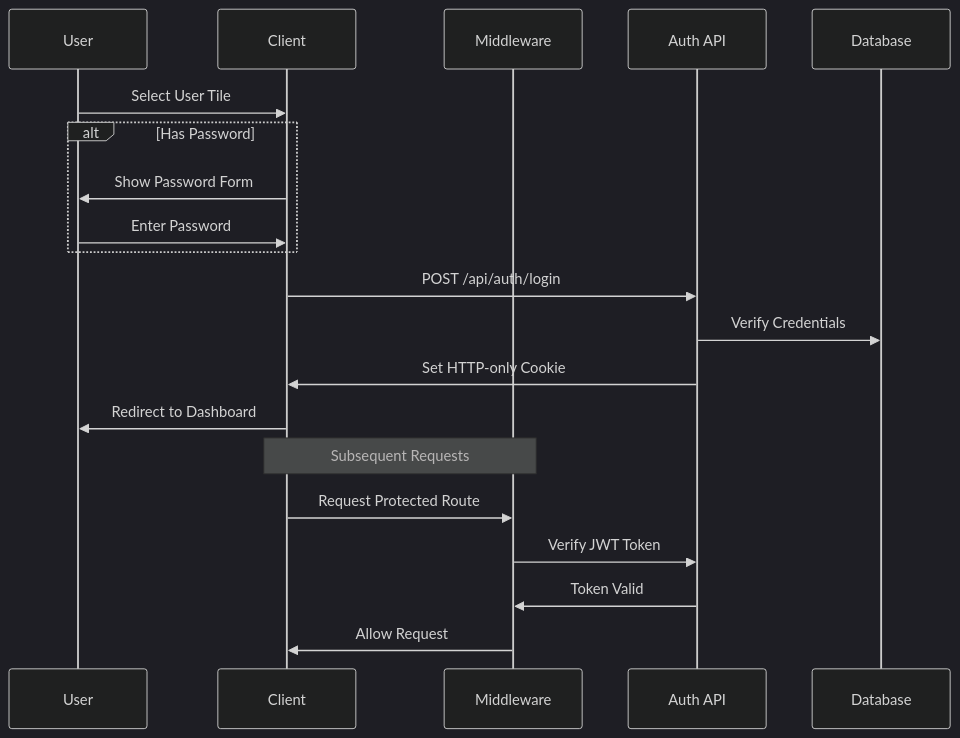
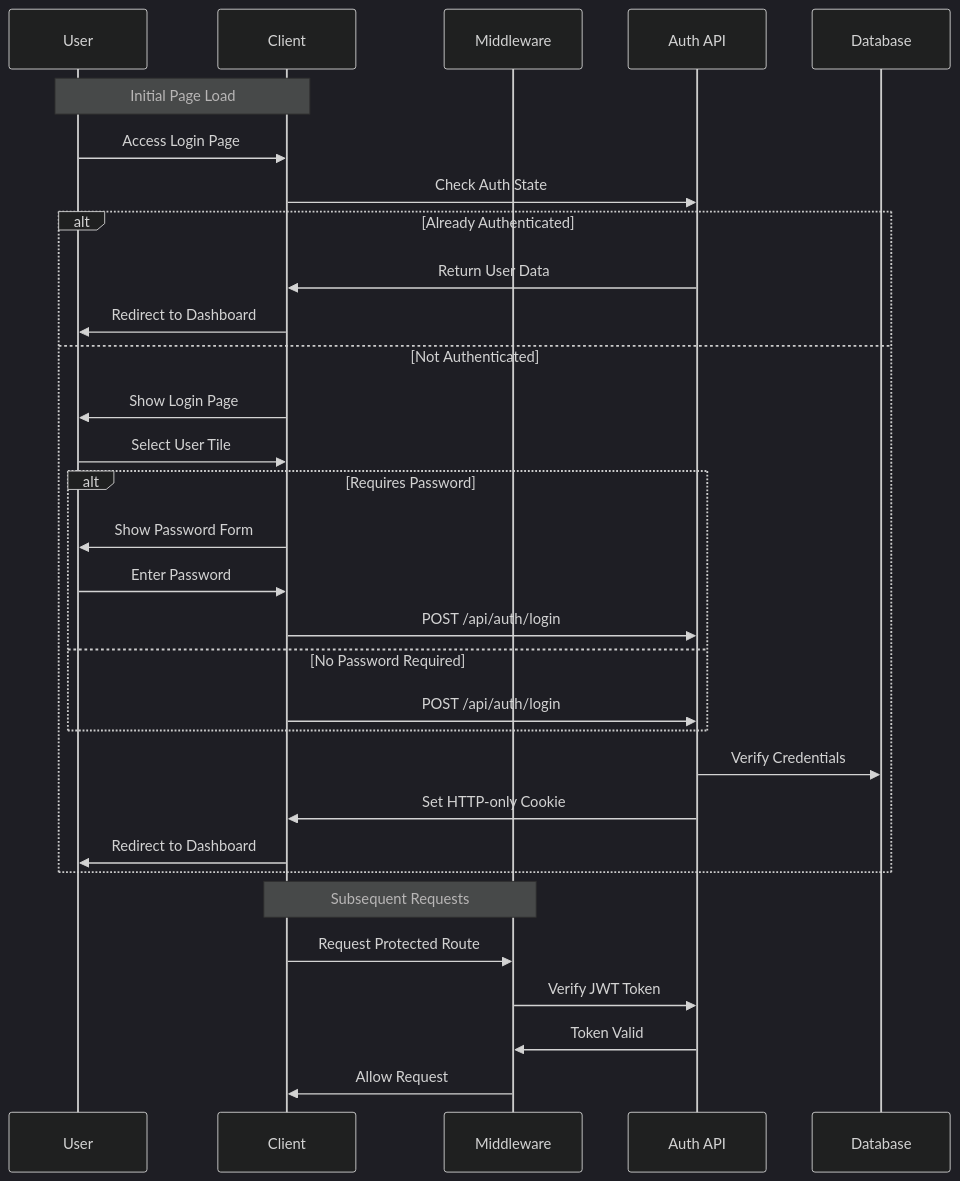
The diagram in docs/features/auth-user-management/architecture.md (michaelbarone/cc3), drawn with Mermaid (dark theme) before and after one commit. The commit also changed other lines of this file and 6 other files, not shown here.

````diff
--- a/docs/features/auth-user-management/architecture.md
+++ b/docs/features/auth-user-management/architecture.md
@@ -24,24 +24,35 @@
 ```mermaid
 sequenceDiagram
     participant U as User
     participant C as Client
     participant M as Middleware
     participant A as Auth API
     participant D as Database
 
-    U->>C: Select User Tile
-    alt Has Password
-        C->>U: Show Password Form
-        U->>C: Enter Password
+    Note over U,C: Initial Page Load
+    U->>C: Access Login Page
+    C->>A: Check Auth State
+    alt Already Authenticated
+        A->>C: Return User Data
+        C->>U: Redirect to Dashboard
+    else Not Authenticated
+        C->>U: Show Login Page
+        U->>C: Select User Tile
+        alt Requires Password
+            C->>U: Show Password Form
+            U->>C: Enter Password
+            C->>A: POST /api/auth/login
+        else No Password Required
+            C->>A: POST /api/auth/login
+        end
+        A->>D: Verify Credentials
+        A->>C: Set HTTP-only Cookie
+        C->>U: Redirect to Dashboard
     end
-    C->>A: POST /api/auth/login
-    A->>D: Verify Credentials
-    A->>C: Set HTTP-only Cookie
-    C->>U: Redirect to Dashboard
     
     Note over C,M: Subsequent Requests
     C->>M: Request Protected Route
     M->>A: Verify JWT Token
     A->>M: Token Valid
     M->>C: Allow Request
 ```
````
